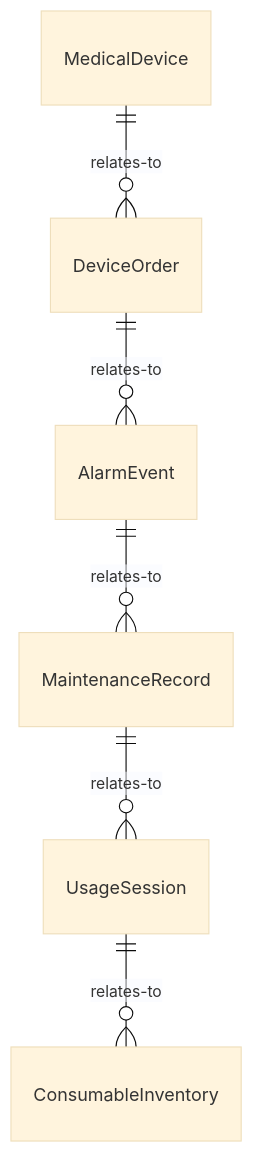
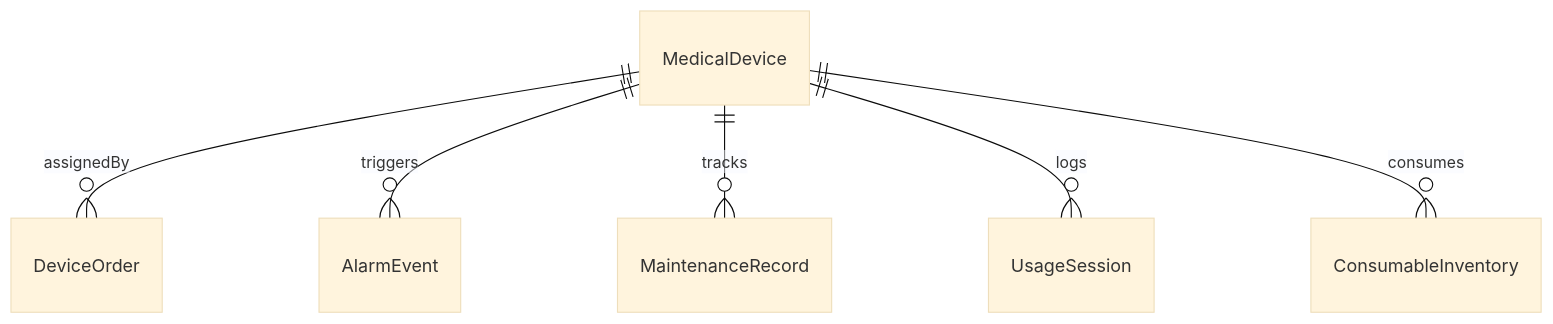
One commit to dot-org-ai/tasks.org.ai changed the first of 4 diagrams in ControllingMachinesAndProcesses/OperateMedicalEquipment/OperateMedicalEquipment.mdx. Above: the diagram before and after it, drawn with Mermaid (base theme). The commit also changed other lines of this file and 515 other files, not shown here.

````diff
--- a/ControllingMachinesAndProcesses/OperateMedicalEquipment/OperateMedicalEquipment.mdx
+++ b/ControllingMachinesAndProcesses/OperateMedicalEquipment/OperateMedicalEquipment.mdx
@@ -87,8 +87,8 @@
 ```mermaid
 erDiagram
-    MedicalDevice ||--o{ DeviceOrder : relates-to
-    DeviceOrder ||--o{ AlarmEvent : relates-to
-    AlarmEvent ||--o{ MaintenanceRecord : relates-to
-    MaintenanceRecord ||--o{ UsageSession : relates-to
-    UsageSession ||--o{ ConsumableInventory : relates-to
+    MedicalDevice ||--o{ DeviceOrder : assignedBy
+    MedicalDevice ||--o{ AlarmEvent : triggers
+    MedicalDevice ||--o{ MaintenanceRecord : tracks
+    MedicalDevice ||--o{ UsageSession : logs
+    MedicalDevice ||--o{ ConsumableInventory : consumes
 ```
````
